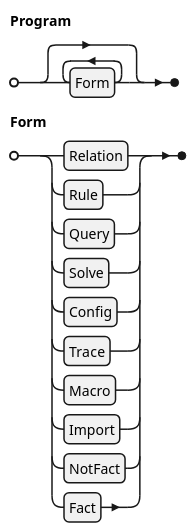
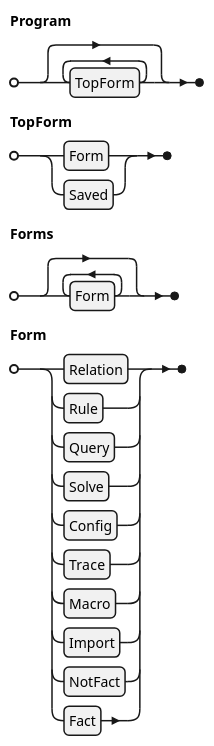
Before and after one commit to agutikov/ein: the diagram in docs/ein/user/04-reference/diagrams/01-grammar-phrase-program.puml, drawn with PlantUML. The commit also changed 116 other files, not shown here.

```diff
--- a/docs/ein/user/04-reference/diagrams/01-grammar-phrase-program.puml
+++ b/docs/ein/user/04-reference/diagrams/01-grammar-phrase-program.puml
@@ -1,4 +1,6 @@
 @startebnf
-Program = { Form } ;
+Program = { TopForm } ;
+TopForm = Form | Saved ;
+Forms = { Form } ;
 Form = Relation | Rule | Query | Solve | Config | Trace | Macro | Import | NotFact | Fact ;
 @endebnf
```
